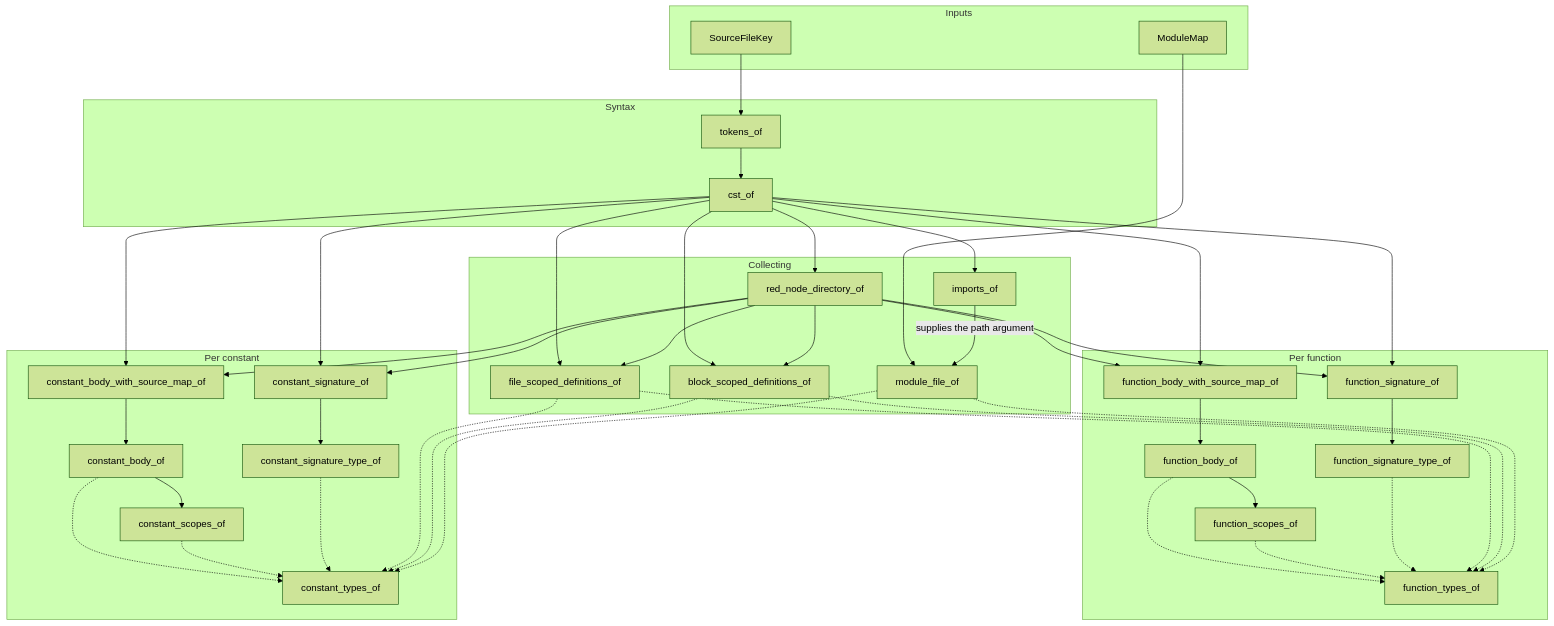
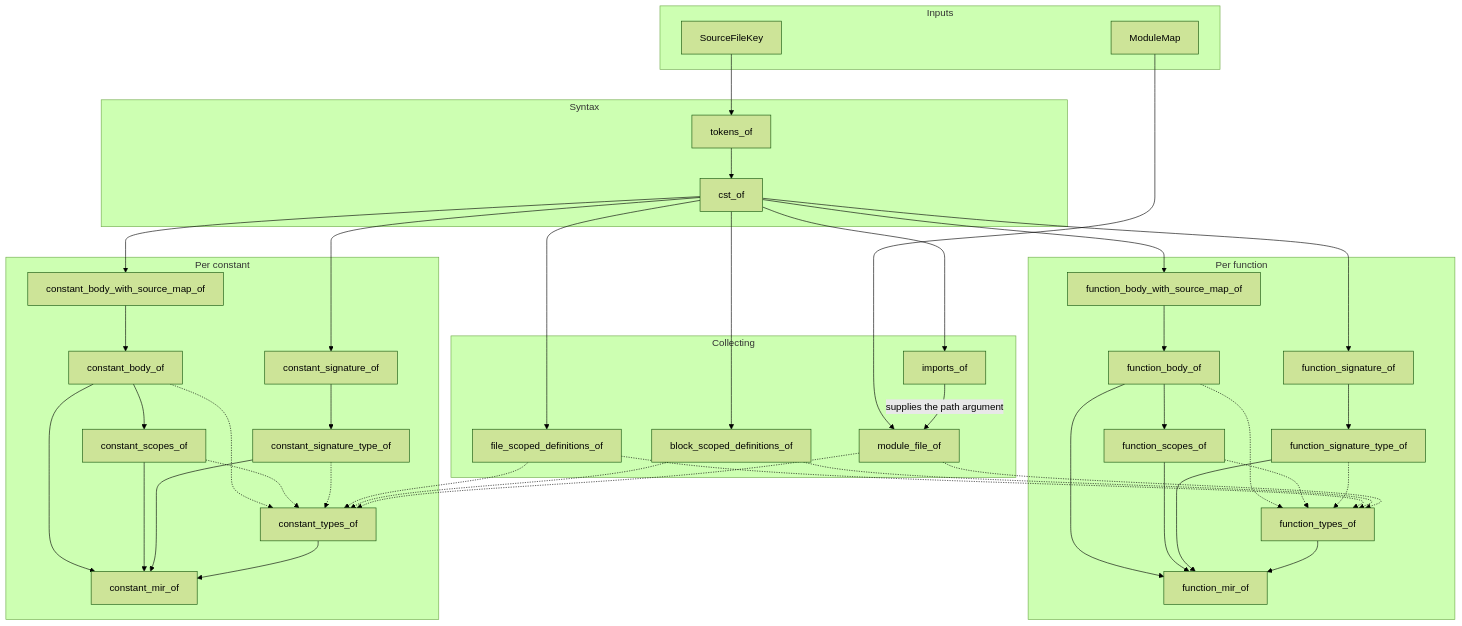
The diagram in README.md (simontran7/blueberry), drawn with Mermaid (forest theme) before and after one commit. The commit also changed other lines of this file and 100 other files, not shown here.

````diff
--- a/README.md
+++ b/README.md
@@ -74,64 +74,67 @@
 ```mermaid
 flowchart TD
     subgraph inputs [Inputs]
         SourceFileKey
         ModuleMap
     end
 
     subgraph syntax [Syntax]
         tokens_of
         cst_of
     end
 
     subgraph collect [Collecting]
-        red_node_directory_of
         file_scoped_definitions_of
         block_scoped_definitions_of
         imports_of
         module_file_of
     end
 
     subgraph function [Per function]
         function_signature_of
         function_signature_type_of
         function_body_with_source_map_of
         function_body_of
         function_scopes_of
         function_types_of
+        function_mir_of
     end
 
     subgraph constant [Per constant]
         constant_signature_of
         constant_signature_type_of
         constant_body_with_source_map_of
         constant_body_of
         constant_scopes_of
         constant_types_of
+        constant_mir_of
     end
 
     SourceFileKey --> tokens_of --> cst_of
-    cst_of --> red_node_directory_of
 
-    cst_of & red_node_directory_of --> file_scoped_definitions_of
-    cst_of & red_node_directory_of --> block_scoped_definitions_of
+    cst_of --> file_scoped_definitions_of
+    cst_of --> block_scoped_definitions_of
     cst_of --> imports_of
 
     ModuleMap --> module_file_of
     imports_of -- "supplies the path argument" --> module_file_of
 
-    cst_of & red_node_directory_of --> function_signature_of
+    cst_of --> function_signature_of
     function_signature_of --> function_signature_type_of
-    cst_of & red_node_directory_of --> function_body_with_source_map_of
+    cst_of --> function_body_with_source_map_of
     function_body_with_source_map_of --> function_body_of --> function_scopes_of
 
-    cst_of & red_node_directory_of --> constant_signature_of
+    cst_of --> constant_signature_of
     constant_signature_of --> constant_signature_type_of
-    cst_of & red_node_directory_of --> constant_body_with_source_map_of
+    cst_of --> constant_body_with_source_map_of
     constant_body_with_source_map_of --> constant_body_of --> constant_scopes_of
 
     function_body_of & function_scopes_of & function_signature_type_of -.-> function_types_of
     constant_body_of & constant_scopes_of & constant_signature_type_of -.-> constant_types_of
 
     file_scoped_definitions_of & block_scoped_definitions_of & module_file_of -.-> function_types_of
     file_scoped_definitions_of & block_scoped_definitions_of & module_file_of -.-> constant_types_of
+
+    function_body_of & function_scopes_of & function_signature_type_of & function_types_of --> function_mir_of
+    constant_body_of & constant_scopes_of & constant_signature_type_of & constant_types_of --> constant_mir_of
 ```
````
